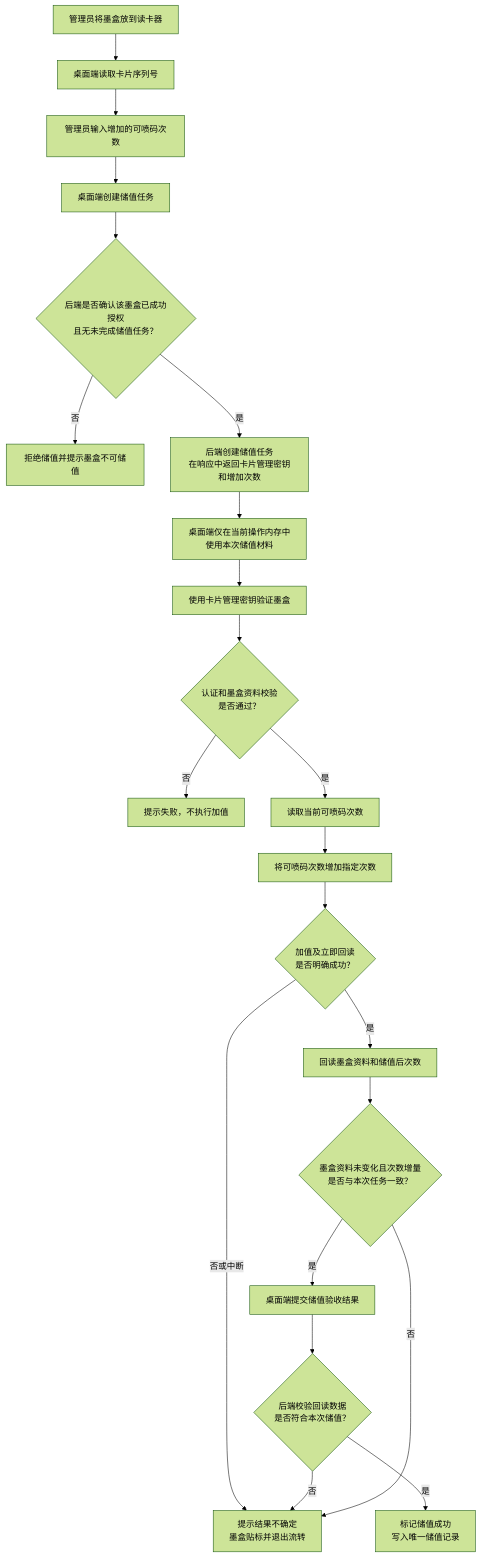
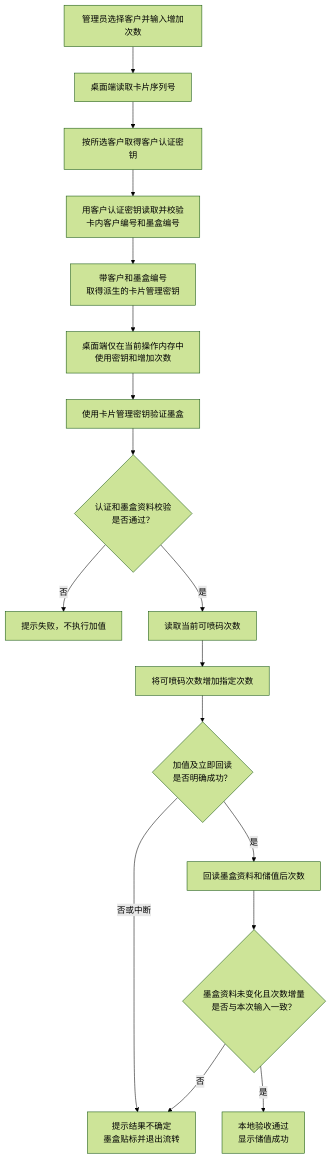
Before and after one commit to Kiokku/rfid-m1-desktop: the second of 3 diagrams in docs/design/RFID_M1墨盒授权方案.md, drawn with Mermaid (forest theme). The commit also changed other lines of this file and 21 other files, not shown here.

````diff
--- a/docs/design/RFID_M1墨盒授权方案.md
+++ b/docs/design/RFID_M1墨盒授权方案.md
@@ -240,24 +224,19 @@
 ```mermaid
 flowchart TD
-    A[管理员将墨盒放到读卡器] --> B[桌面端读取卡片序列号]
-    B --> C[管理员输入增加的可喷码次数]
-    C --> D[桌面端创建储值任务]
-    D --> E{后端是否确认该墨盒已成功授权<br/>且无未完成储值任务？}
-    E -- 否 --> F[拒绝储值并提示墨盒不可储值]
-    E -- 是 --> G[后端创建储值任务<br/>在响应中返回卡片管理密钥和增加次数]
-    G --> H[桌面端仅在当前操作内存中<br/>使用本次储值材料]
+    A[管理员选择客户并输入增加次数] --> B[桌面端读取卡片序列号]
+    B --> C[按所选客户取得客户认证密钥]
+    C --> D[用客户认证密钥读取并校验<br/>卡内客户编号和墨盒编号]
+    D --> E[带客户和墨盒编号<br/>取得派生的卡片管理密钥]
+    E --> H[桌面端仅在当前操作内存中<br/>使用密钥和增加次数]
     H --> I[使用卡片管理密钥验证墨盒]
     I --> J{认证和墨盒资料校验<br/>是否通过？}
     J -- 否 --> K[提示失败，不执行加值]
     J -- 是 --> L[读取当前可喷码次数]
     L --> M[将可喷码次数增加指定次数]
     M --> N{加值及立即回读<br/>是否明确成功？}
     N -- 否或中断 --> T[提示结果不确定<br/>墨盒贴标并退出流转]
     N -- 是 --> O[回读墨盒资料和储值后次数]
-    O --> P{墨盒资料未变化且次数增量<br/>是否与本次任务一致？}
-    P -- 是 --> Q[桌面端提交储值验收结果]
-    Q --> R{后端校验回读数据<br/>是否符合本次储值？}
-    R -- 是 --> S[标记储值成功<br/>写入唯一储值记录]
-    R -- 否 --> T
+    O --> P{墨盒资料未变化且次数增量<br/>是否与本次输入一致？}
+    P -- 是 --> S[本地验收通过<br/>显示储值成功]
     P -- 否 --> T
 ```
````
